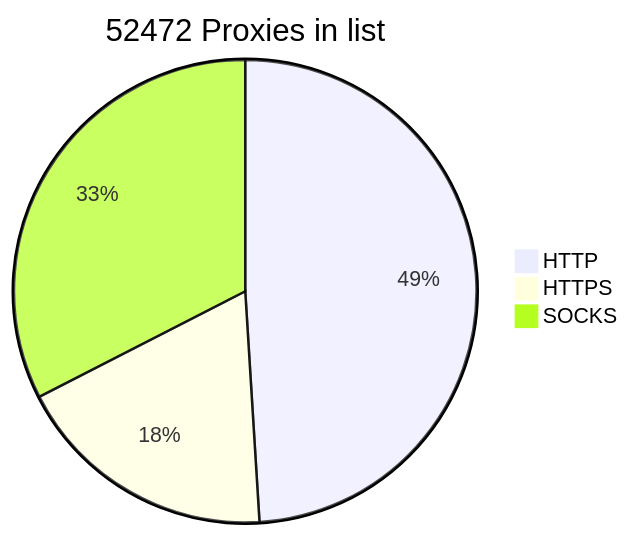
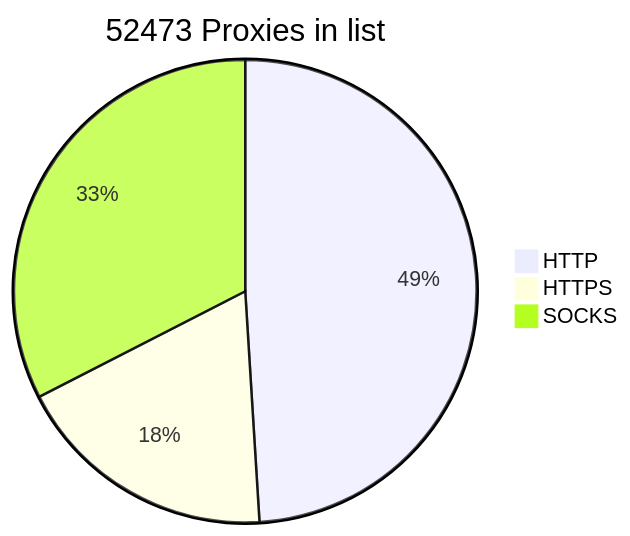
Before and after one commit to BlackSnowDot/proxylist-update-every-minute: the diagram in README.md, drawn with Mermaid.

````diff
--- a/README.md
+++ b/README.md
@@ -2,6 +2,6 @@
 ```mermaid
-pie title 52472 Proxies in list
-    "HTTP" : 28929
-    "HTTPS": 10886
+pie title 52473 Proxies in list
+    "HTTP" : 28930
+    "HTTPS": 10887
     "SOCKS" : 19204
 ```
````
